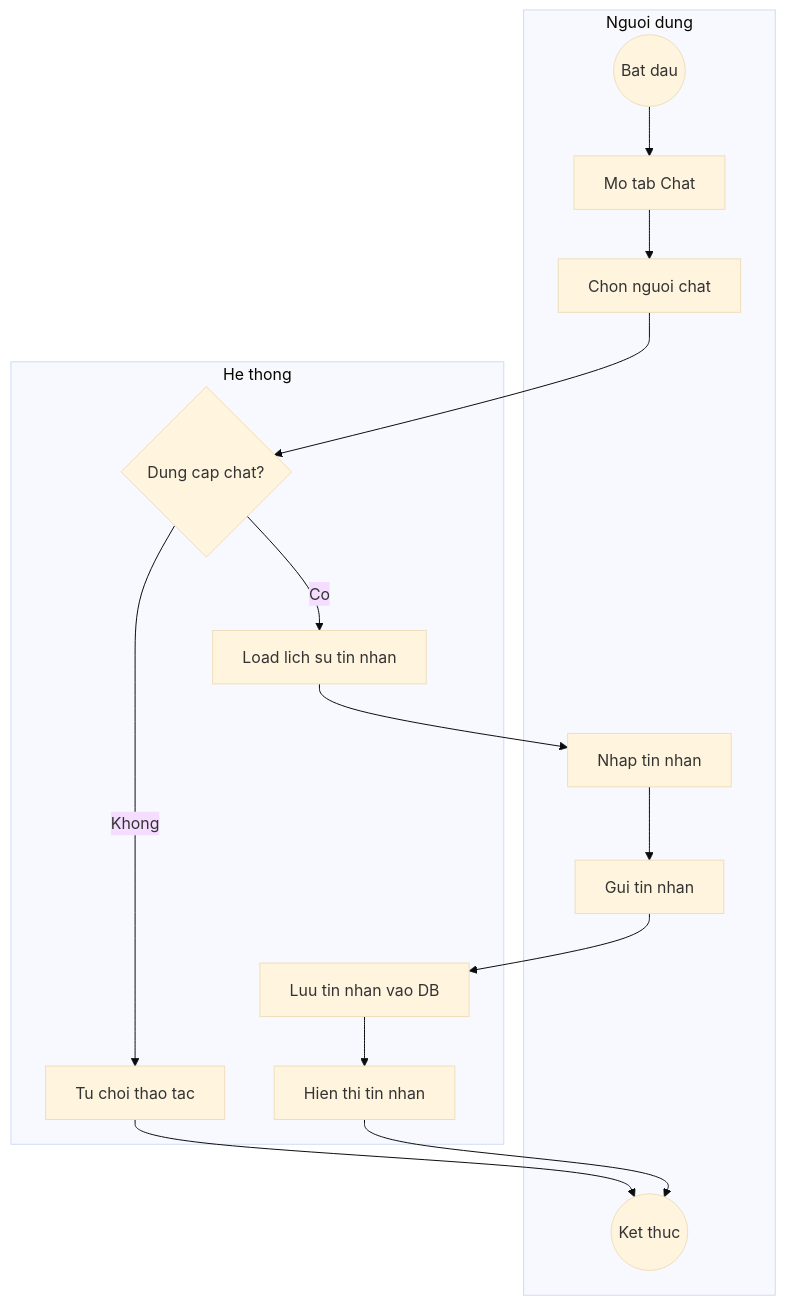
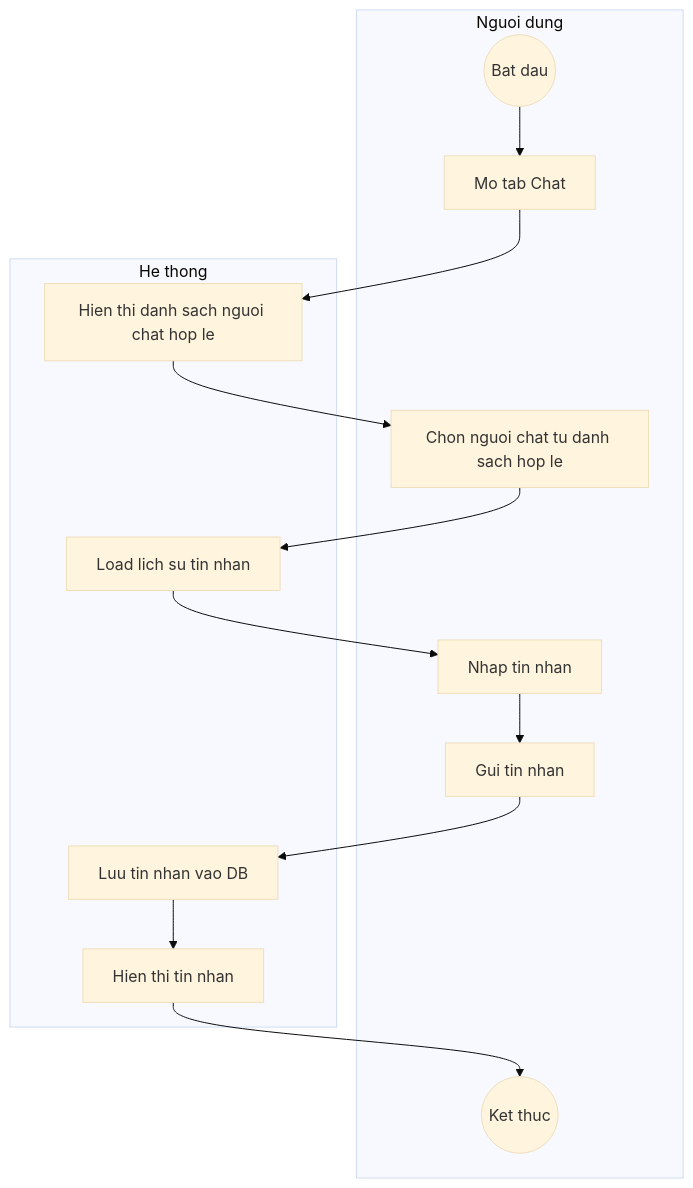
The fifth of 6 diagrams in Documents_Refactor/Custom_Keyboard_Activity_Diagrams_Simplified.md (froynar/Custom_keyboard), drawn with Mermaid (base theme) before and after one commit. The commit also changed other lines of this file and 194 other files, not shown here.

````diff
--- a/Documents_Refactor/Custom_Keyboard_Activity_Diagrams_Simplified.md
+++ b/Documents_Refactor/Custom_Keyboard_Activity_Diagrams_Simplified.md
@@ -194,23 +194,21 @@
 ```mermaid
 flowchart TD
     subgraph UserLane["Nguoi dung"]
         Start((Bat dau))
         OpenChat[Mo tab Chat]
-        SelectCounterpart[Chon nguoi chat]
+        SelectConversation[Chon nguoi chat tu danh sach hop le]
         TypeMessage[Nhap tin nhan]
         SendMessage[Gui tin nhan]
         End((Ket thuc))
     end
 
     subgraph SystemLane["He thong"]
-        CheckPermission{Dung cap chat?}
-        ShowError[Tu choi thao tac]
+        ShowEligibleList[Hien thi danh sach nguoi chat hop le]
         LoadHistory[Load lich su tin nhan]
         SaveMessage[Luu tin nhan vao DB]
         ShowMessage[Hien thi tin nhan]
     end
 
-    Start --> OpenChat --> SelectCounterpart --> CheckPermission
-    CheckPermission -- Khong --> ShowError --> End
-    CheckPermission -- Co --> LoadHistory --> TypeMessage --> SendMessage --> SaveMessage --> ShowMessage --> End
+    Start --> OpenChat --> ShowEligibleList --> SelectConversation --> LoadHistory
+    LoadHistory --> TypeMessage --> SendMessage --> SaveMessage --> ShowMessage --> End
 ```
````
